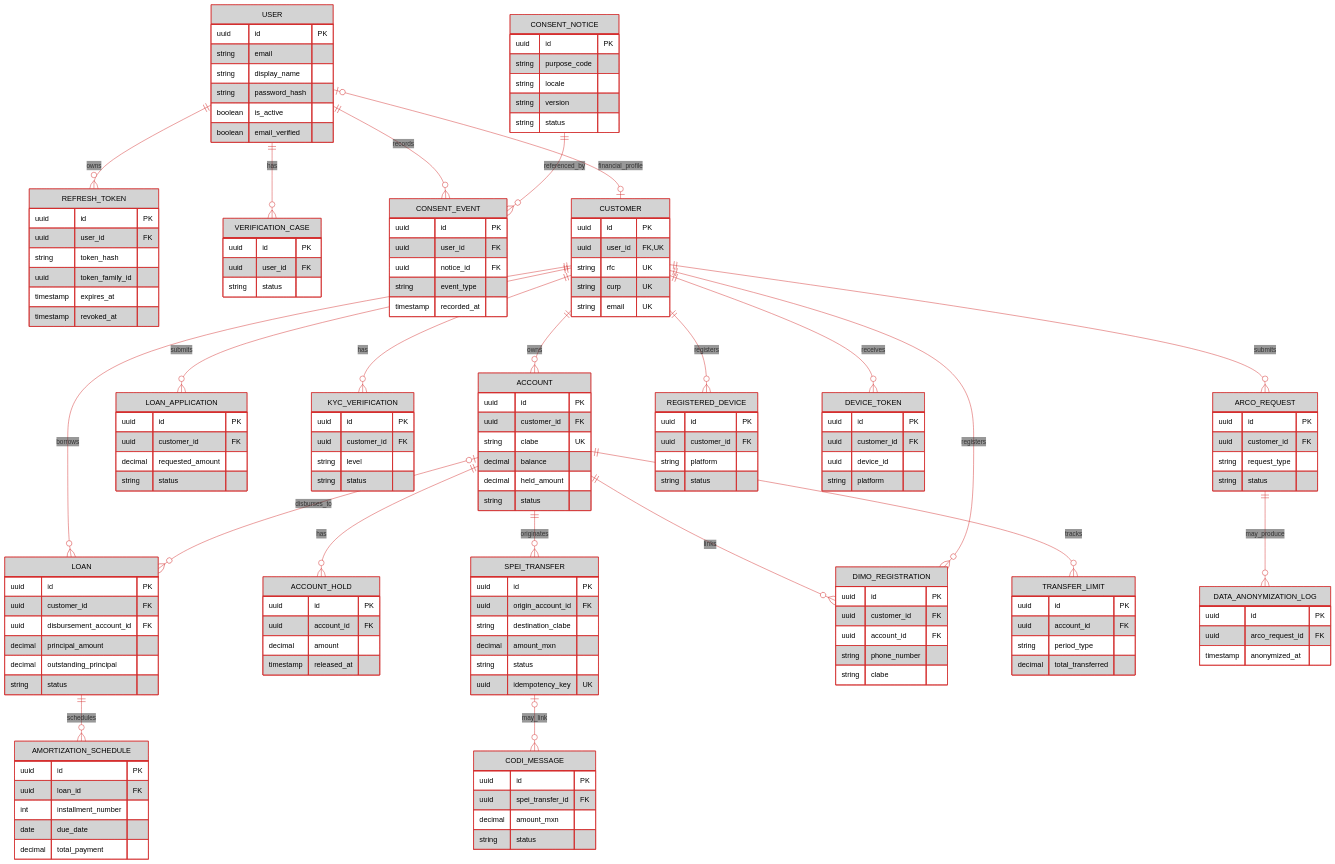
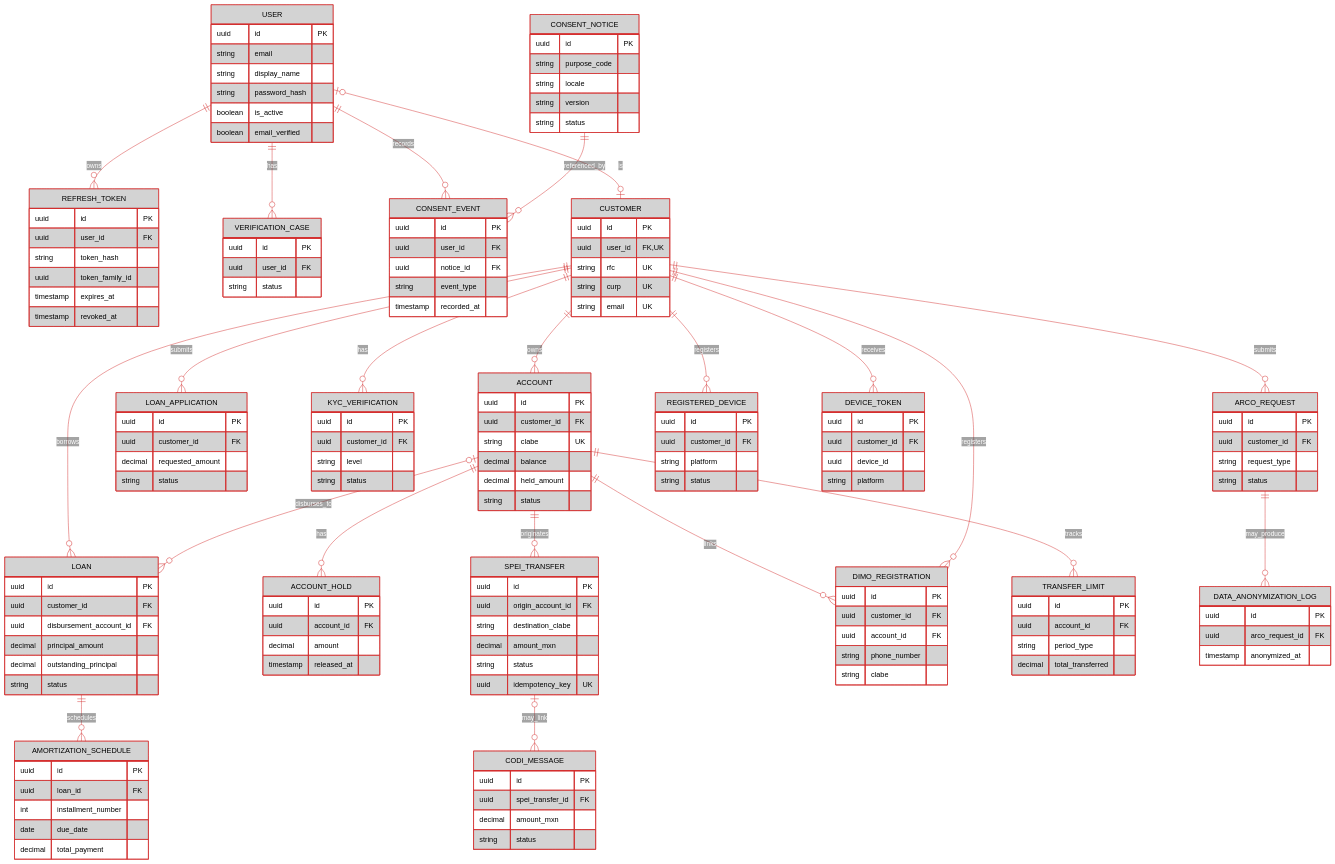
Before and after one commit to Rho-Studio/rho-studio-back-end: the diagram in datamodel.mmd, drawn with Mermaid. The commit also changed 1 other file, not shown here.

```diff
--- a/datamodel.mmd
+++ b/datamodel.mmd
@@ -1,165 +1,165 @@
-%%{init: {"theme":"Redux Dark","themeVariables":{"background":"#888282","mainBkg":"#FFFFFF","primaryColor":"#D3D3D3","primaryTextColor":"#333333","primaryBorderColor":"#D32F2F","lineColor":"#D32F2F","secondaryColor":"#4A4A4A","secondaryTextColor":"#FFFFFF","secondaryBorderColor":"#D32F2F","tertiaryColor":"#333333","tertiaryTextColor":"#FFFFFF","tertiaryBorderColor":"#D32F2F","textColor":"#333333"}}}%%
+%%{init: {"theme":"base","themeVariables":{"background":"#FFFFFF","mainBkg":"#FFFFFF","primaryColor":"#333333","primaryTextColor":"#FFFFFF","primaryBorderColor":"#D32F2F","lineColor":"#D32F2F","secondaryColor":"#4A4A4A","secondaryTextColor":"#FFFFFF","secondaryBorderColor":"#D32F2F","tertiaryColor":"#4A4A4A","tertiaryTextColor":"#333333","tertiaryBorderColor":"#D32F2F","textColor":"#333333"}}}%%
 erDiagram
     %% Auth/session and the current consent registry use users, not customers.
     %% Legacy consent_record table removed in migration 5 cleanup; 
     %% consent evidence now lives in customer_consent_events.
     USER ||--o{ REFRESH_TOKEN : owns
     USER ||--o{ VERIFICATION_CASE : has
     USER ||--o{ CONSENT_EVENT : records
     CONSENT_NOTICE ||--o{ CONSENT_EVENT : referenced_by
-    USER o|--o| CUSTOMER : financial_profile
+    USER o|--o| CUSTOMER : is
 
     CUSTOMER ||--o{ ACCOUNT : owns
     CUSTOMER ||--o{ LOAN_APPLICATION : submits
     CUSTOMER ||--o{ LOAN : borrows
     CUSTOMER ||--o{ KYC_VERIFICATION : has
     CUSTOMER ||--o{ ARCO_REQUEST : submits
     CUSTOMER ||--o{ REGISTERED_DEVICE : registers
     CUSTOMER ||--o{ DEVICE_TOKEN : receives
 
     ACCOUNT ||--o{ ACCOUNT_HOLD : has
     ACCOUNT o|--o{ LOAN : disburses_to
     LOAN ||--o{ AMORTIZATION_SCHEDULE : schedules
     ACCOUNT ||--o{ SPEI_TRANSFER : originates
     SPEI_TRANSFER o|--o{ CODI_MESSAGE : may_link
     ACCOUNT ||--o{ DIMO_REGISTRATION : links
     CUSTOMER ||--o{ DIMO_REGISTRATION : registers
     ACCOUNT ||--o{ TRANSFER_LIMIT : tracks
     ARCO_REQUEST ||--o{ DATA_ANONYMIZATION_LOG : may_produce
 
     USER {
         uuid id PK
         string email
         string display_name
         string password_hash
         boolean is_active
         boolean email_verified
     }
     REFRESH_TOKEN {
         uuid id PK
         uuid user_id FK
         string token_hash
         uuid token_family_id
         timestamp expires_at
         timestamp revoked_at
     }
     VERIFICATION_CASE {
         uuid id PK
         uuid user_id FK
         string status
     }
     CONSENT_NOTICE {
         uuid id PK
         string purpose_code
         string locale
         string version
         string status
     }
     CONSENT_EVENT {
         uuid id PK
         uuid user_id FK
         uuid notice_id FK
         string event_type
         timestamp recorded_at
     }
     CUSTOMER {
         uuid id PK
         uuid user_id FK, UK
         string rfc UK
         string curp UK
         string email UK
     }
     ACCOUNT {
         uuid id PK
         uuid customer_id FK
         string clabe UK
         decimal balance
         decimal held_amount
         string status
     }
     ACCOUNT_HOLD {
         uuid id PK
         uuid account_id FK
         decimal amount
         timestamp released_at
     }
     LOAN_APPLICATION {
         uuid id PK
         uuid customer_id FK
         decimal requested_amount
         string status
     }
     LOAN {
         uuid id PK
         uuid customer_id FK
         uuid disbursement_account_id FK
         decimal principal_amount
         decimal outstanding_principal
         string status
     }
     AMORTIZATION_SCHEDULE {
         uuid id PK
         uuid loan_id FK
         int installment_number
         date due_date
         decimal total_payment
     }
     SPEI_TRANSFER {
         uuid id PK
         uuid origin_account_id FK
         string destination_clabe
         decimal amount_mxn
         string status
         uuid idempotency_key UK
     }
     CODI_MESSAGE {
         uuid id PK
         uuid spei_transfer_id FK
         decimal amount_mxn
         string status
     }
     DIMO_REGISTRATION {
         uuid id PK
         uuid customer_id FK
         uuid account_id FK
         string phone_number
         string clabe
     }
     TRANSFER_LIMIT {
         uuid id PK
         uuid account_id FK
         string period_type
         decimal total_transferred
     }
     KYC_VERIFICATION {
         uuid id PK
         uuid customer_id FK
         string level
         string status
     }
     ARCO_REQUEST {
         uuid id PK
         uuid customer_id FK
         string request_type
         string status
     }
     DATA_ANONYMIZATION_LOG {
         uuid id PK
         uuid arco_request_id FK
         timestamp anonymized_at
     }
     REGISTERED_DEVICE {
         uuid id PK
         uuid customer_id FK
         string platform
         string status
     }
     DEVICE_TOKEN {
         uuid id PK
         uuid customer_id FK
         uuid device_id
         string platform
     }
 
     classDef dataNode fill:#D3D3D3,stroke:#D32F2F,color:#000000
     class USER,CUSTOMER,ACCOUNT,ACCOUNT_HOLD,LOAN_APPLICATION,LOAN,AMORTIZATION_SCHEDULE,SPEI_TRANSFER,CODI_MESSAGE,DIMO_REGISTRATION,TRANSFER_LIMIT,REFRESH_TOKEN,CONSENT_NOTICE,CONSENT_EVENT,VERIFICATION_CASE,KYC_VERIFICATION,ARCO_REQUEST,DATA_ANONYMIZATION_LOG,REGISTERED_DEVICE,DEVICE_TOKEN dataNode
```
